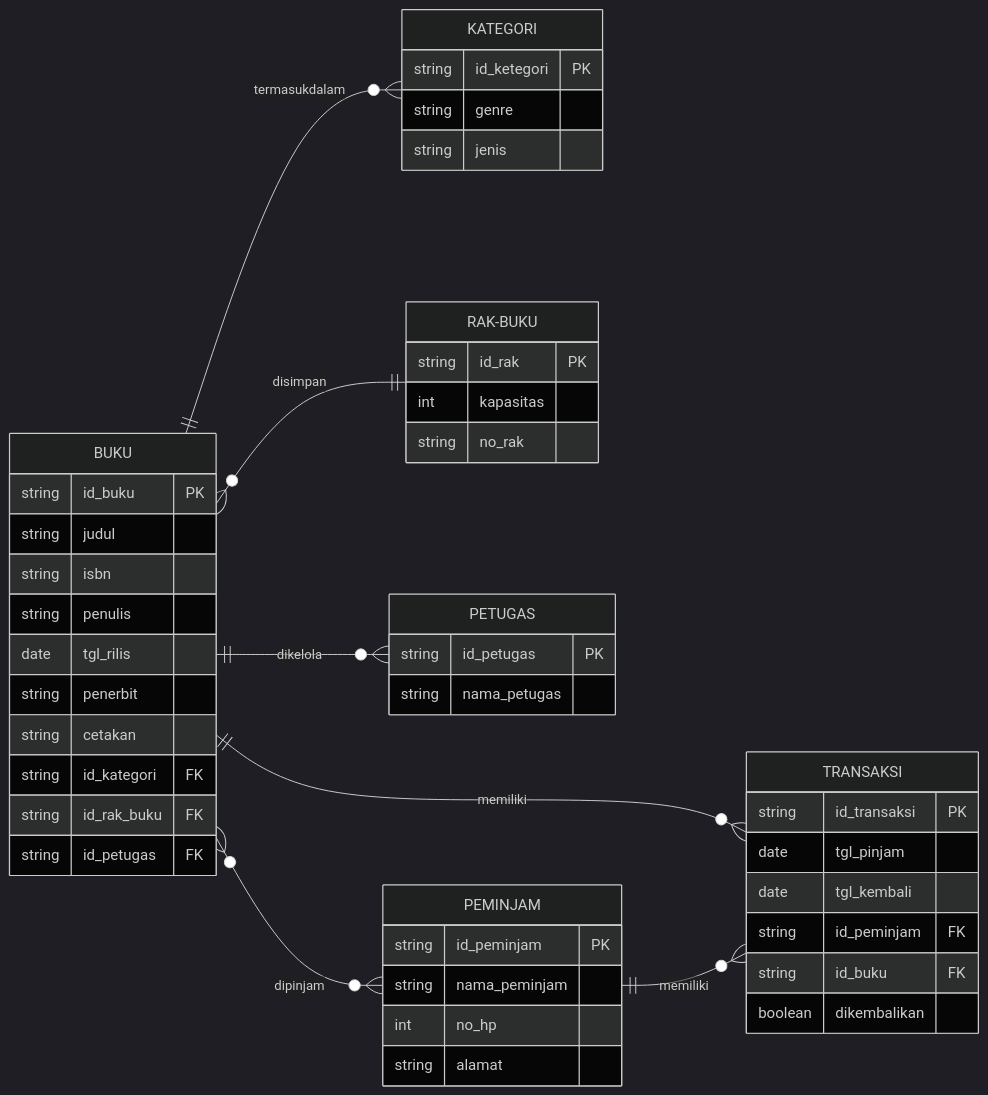
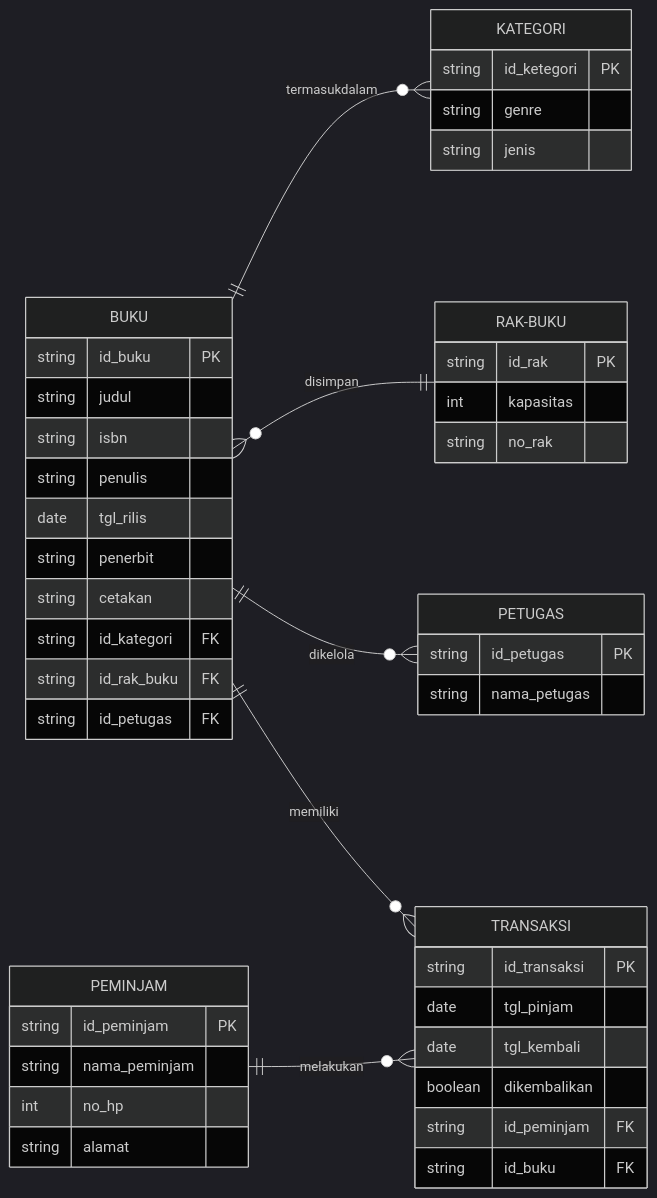
One commit to Dwaysetya/fgo24-db-erd changed the diagram in README.md. Above: the diagram before and after it, drawn with Mermaid (dark theme). The commit also changed other lines of this file, not shown here.

Commit message:
feat: update code for buku to peminjam

````diff
--- a/README.md
+++ b/README.md
@@ -3,57 +5,56 @@
 ```mermaid
 
 
 erDiagram
 direction LR
 BUKU ||--o{ KATEGORI : termasukdalam
 BUKU }o--|| RAK-BUKU : disimpan
 BUKU ||--o{ PETUGAS : dikelola
-BUKU }o--o{ PEMINJAM : dipinjam
 BUKU ||--o{ TRANSAKSI : memiliki
 BUKU {
 string id_buku PK
 string judul
 string isbn
 string penulis
 date tgl_rilis
 string penerbit
 string cetakan
 string id_kategori FK
 string id_rak_buku FK
 string id_petugas FK
 
 }
 KATEGORI {
 string id_ketegori PK
 string genre
 string jenis
 }
 RAK-BUKU {
 string id_rak PK
 int kapasitas
 string no_rak
 }
 PETUGAS {
 string id_petugas PK
 string nama_petugas
 }
-PEMINJAM ||--o{ TRANSAKSI : memiliki
+PEMINJAM ||--o{ TRANSAKSI : melakukan
 PEMINJAM {
 string id_peminjam PK
 string nama_peminjam
 int no_hp
 string alamat
 }
 TRANSAKSI {
 string id_transaksi PK
 date tgl_pinjam
 date tgl_kembali
+boolean dikembalikan
 string id_peminjam FK
 string id_buku FK
-boolean dikembalikan
 }
 
 
 
 
 ```
````
